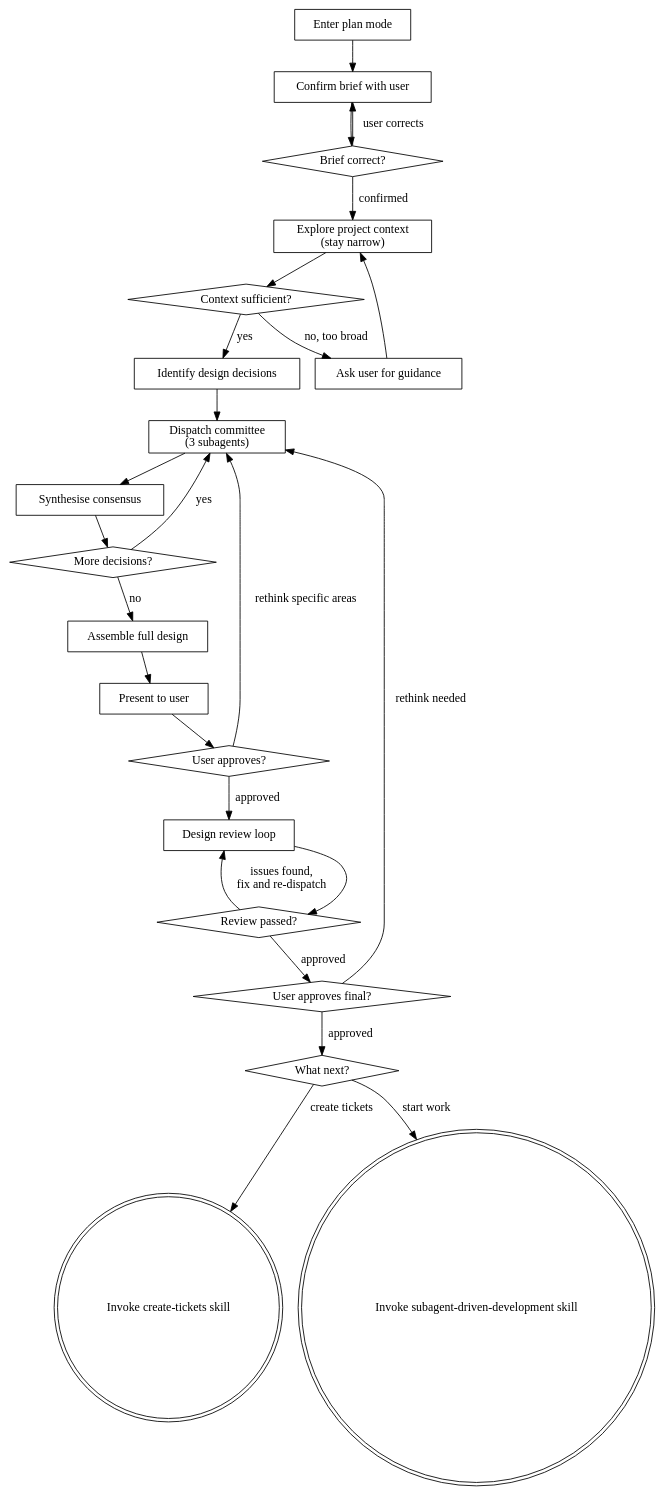
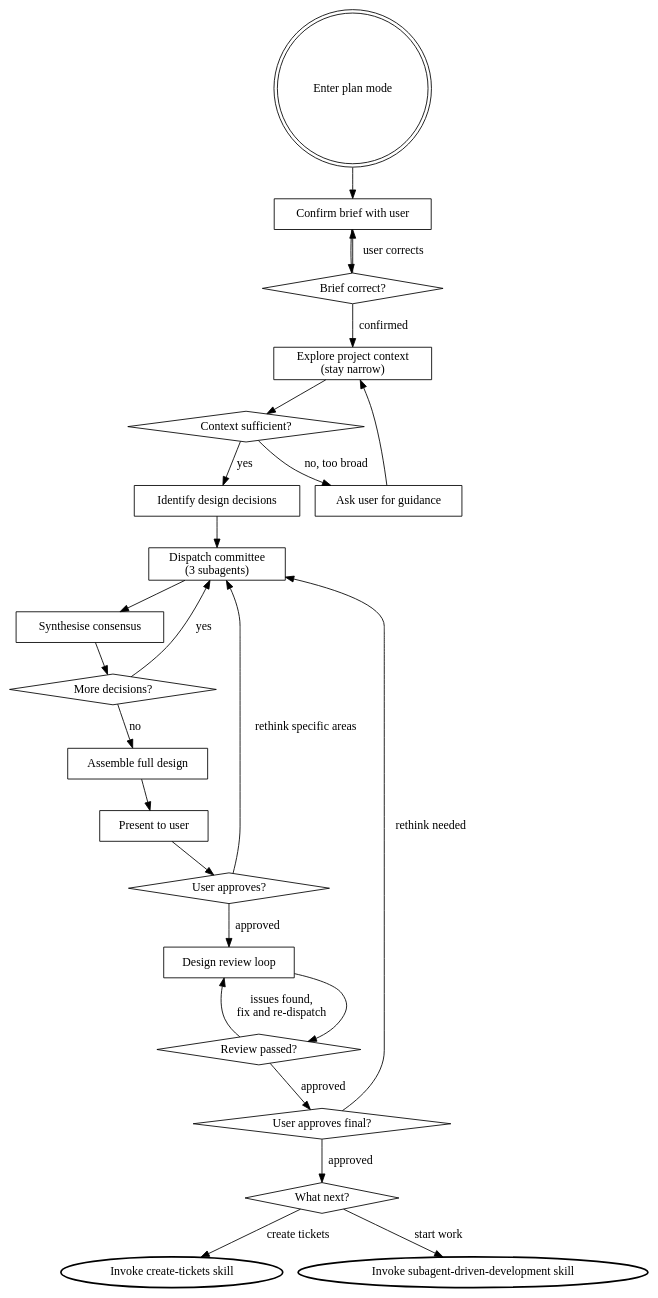
The diagram in ai/skills/agent-committee-brainstorming/SKILL.md (philipobenito/dot), drawn with Graphviz before and after one commit. The commit also changed other lines of this file and 11 other files, not shown here.

````diff
--- a/ai/skills/agent-committee-brainstorming/SKILL.md
+++ b/ai/skills/agent-committee-brainstorming/SKILL.md
@@ -51,49 +51,49 @@
 ```dot
 digraph committee_brainstorming {
     rankdir=TB;
-    "Enter plan mode" [shape=box];
+    "Enter plan mode" [shape=doublecircle];
     "Confirm brief with user" [shape=box];
     "Brief correct?" [shape=diamond];
     "Explore project context\n(stay narrow)" [shape=box];
     "Context sufficient?" [shape=diamond];
     "Ask user for guidance" [shape=box];
     "Identify design decisions" [shape=box];
     "Dispatch committee\n(3 subagents)" [shape=box];
     "Synthesise consensus" [shape=box];
     "More decisions?" [shape=diamond];
     "Assemble full design" [shape=box];
     "Present to user" [shape=box];
     "User approves?" [shape=diamond];
     "Design review loop" [shape=box];
     "Review passed?" [shape=diamond];
     "User approves final?" [shape=diamond];
     "What next?" [shape=diamond];
-    "Invoke create-tickets skill" [shape=doublecircle];
-    "Invoke subagent-driven-development skill" [shape=doublecircle];
+    "Invoke create-tickets skill" [style=bold];
+    "Invoke subagent-driven-development skill" [style=bold];
 
     "Enter plan mode" -> "Confirm brief with user";
     "Confirm brief with user" -> "Brief correct?";
     "Brief correct?" -> "Confirm brief with user" [label="user corrects"];
     "Brief correct?" -> "Explore project context\n(stay narrow)" [label="confirmed"];
     "Explore project context\n(stay narrow)" -> "Context sufficient?";
     "Context sufficient?" -> "Identify design decisions" [label="yes"];
     "Context sufficient?" -> "Ask user for guidance" [label="no, too broad"];
     "Ask user for guidance" -> "Explore project context\n(stay narrow)";
     "Identify design decisions" -> "Dispatch committee\n(3 subagents)";
     "Dispatch committee\n(3 subagents)" -> "Synthesise consensus";
     "Synthesise consensus" -> "More decisions?";
     "More decisions?" -> "Dispatch committee\n(3 subagents)" [label="yes"];
     "More decisions?" -> "Assemble full design" [label="no"];
     "Assemble full design" -> "Present to user";
     "Present to user" -> "User approves?";
     "User approves?" -> "Dispatch committee\n(3 subagents)" [label="rethink specific areas"];
     "User approves?" -> "Design review loop" [label="approved"];
     "Design review loop" -> "Review passed?";
     "Review passed?" -> "Design review loop" [label="issues found,\nfix and re-dispatch"];
     "Review passed?" -> "User approves final?" [label="approved"];
     "User approves final?" -> "Dispatch committee\n(3 subagents)" [label="rethink needed"];
     "User approves final?" -> "What next?" [label="approved"];
     "What next?" -> "Invoke create-tickets skill" [label="create tickets"];
     "What next?" -> "Invoke subagent-driven-development skill" [label="start work"];
 }
 ```
````
